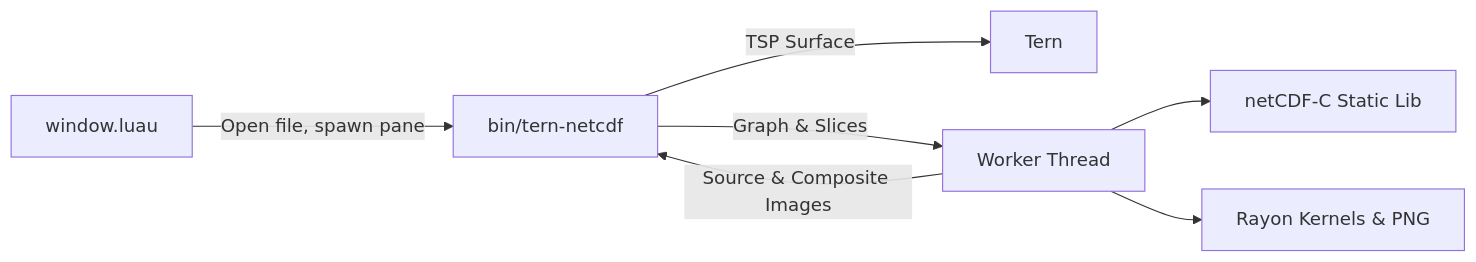
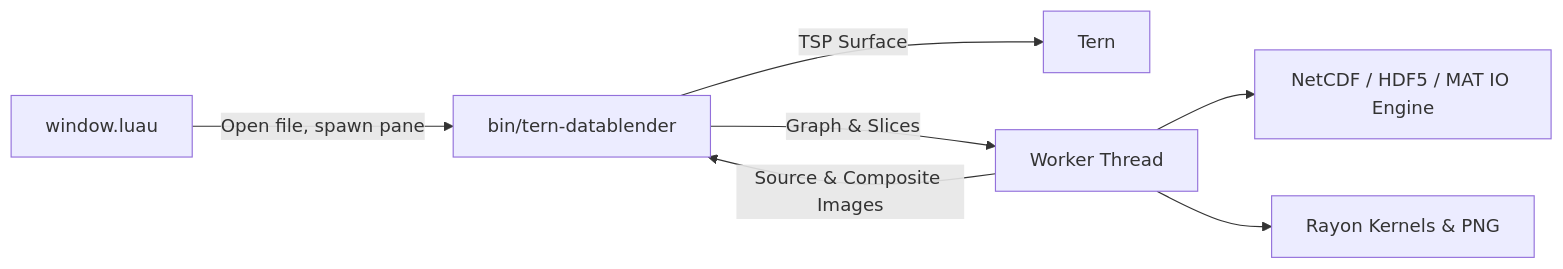
The diagram in README.en.md (dbydd/tern-datablender), drawn with Mermaid before and after one commit. The commit also changed other lines of this file and 17 other files, not shown here.

````diff
--- a/README.en.md
+++ b/README.en.md
@@ -9,9 +9,9 @@
 ```mermaid
 flowchart LR
-    L["window.luau"] -->|"Open file, spawn pane"| B["bin/tern-netcdf"]
+    L["window.luau"] -->|"Open file, spawn pane"| B["bin/tern-datablender"]
     B -->|"TSP Surface"| T["Tern"]
     B -->|"Graph & Slices"| W["Worker Thread"]
-    W --> N["netCDF-C Static Lib"]
+    W --> N["NetCDF / HDF5 / MAT IO Engine"]
     W --> R["Rayon Kernels & PNG"]
     W -->|"Source & Composite Images"| B
 ```
````
